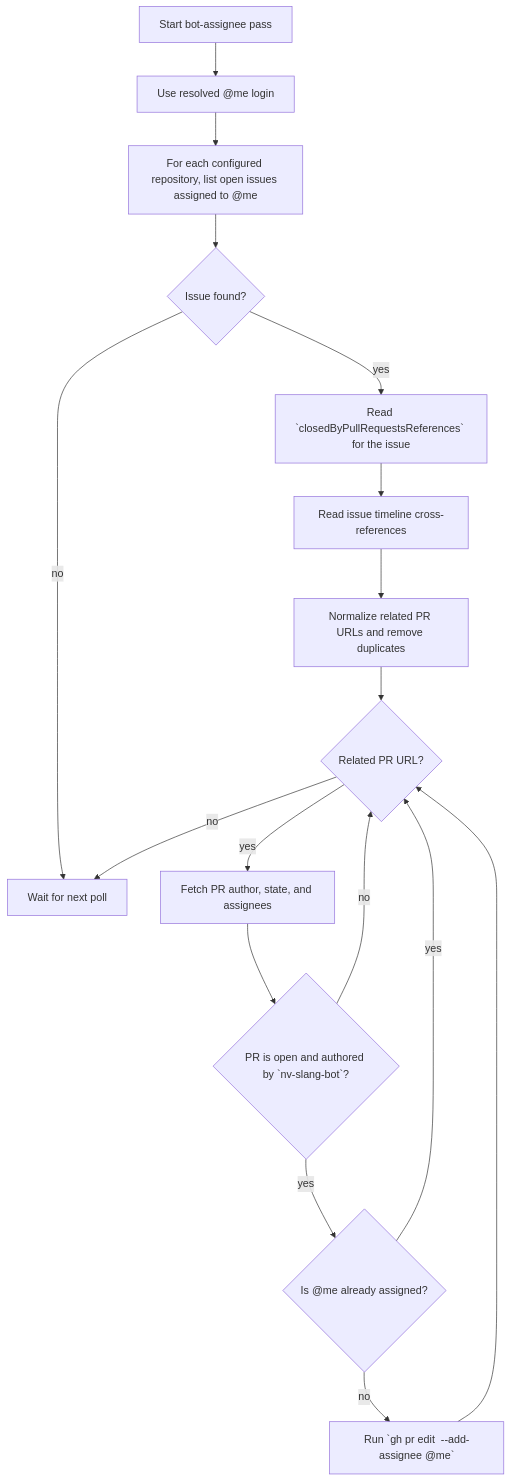
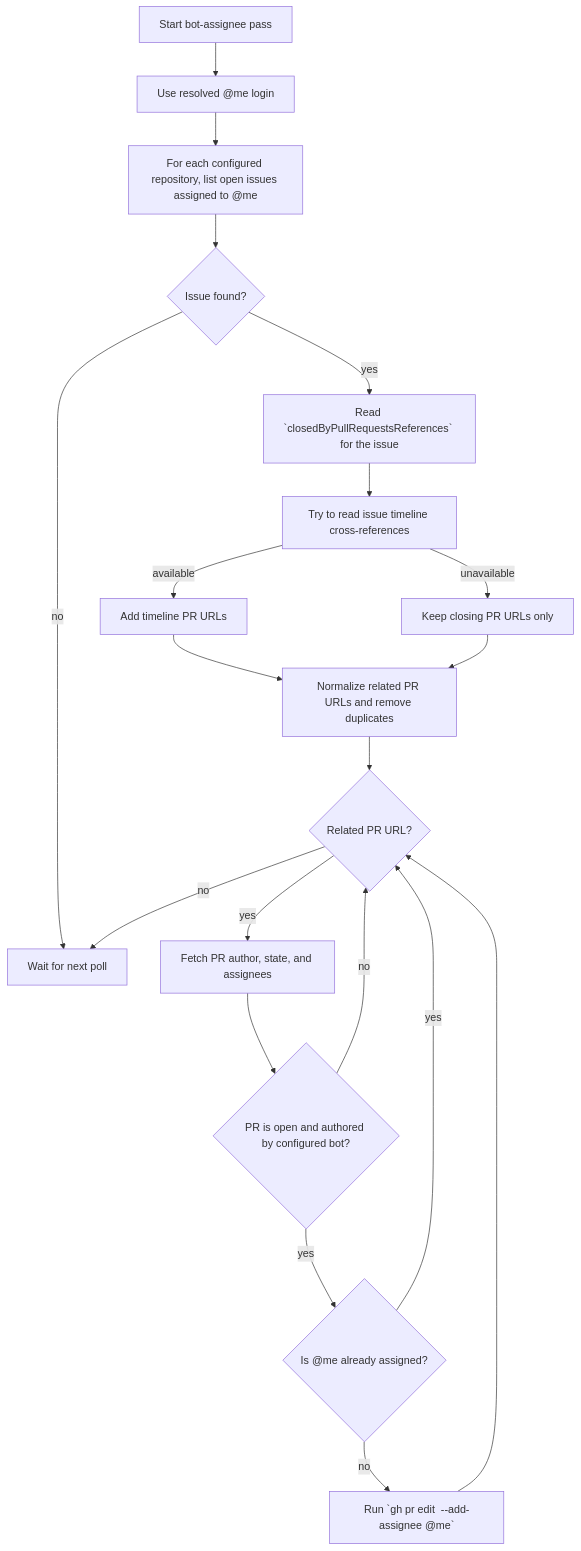
One commit to jkwak-work/slang changed the fourth of 4 diagrams in extras/agent-review.md. Above: the diagram before and after it, drawn with Mermaid. The commit also changed other lines of this file and 1 other file, not shown here.

Commit message:
Fix bot PR assignment detection

````diff
--- a/extras/agent-review.md
+++ b/extras/agent-review.md
@@ -156,19 +156,22 @@
 ```mermaid
 flowchart TD
     A["Start bot-assignee pass"] --> B["Use resolved @me login"]
     B --> C["For each configured repository, list open issues assigned to @me"]
     C --> D{"Issue found?"}
     D -- no --> Z["Wait for next poll"]
     D -- yes --> E["Read `closedByPullRequestsReferences` for the issue"]
-    E --> F["Read issue timeline cross-references"]
-    F --> G["Normalize related PR URLs and remove duplicates"]
-    G --> H{"Related PR URL?"}
-    H -- no --> Z
-    H -- yes --> I["Fetch PR author, state, and assignees"]
-    I --> J{"PR is open and authored by `nv-slang-bot`?"}
-    J -- no --> H
-    J -- yes --> K{"Is @me already assigned?"}
-    K -- yes --> H
-    K -- no --> L["Run `gh pr edit <url> --add-assignee @me`"]
-    L --> H
+    E --> F["Try to read issue timeline cross-references"]
+    F -- available --> G["Add timeline PR URLs"]
+    F -- unavailable --> H["Keep closing PR URLs only"]
+    G --> I["Normalize related PR URLs and remove duplicates"]
+    H --> I
+    I --> J{"Related PR URL?"}
+    J -- no --> Z
+    J -- yes --> K["Fetch PR author, state, and assignees"]
+    K --> L{"PR is open and authored by configured bot?"}
+    L -- no --> J
+    L -- yes --> M{"Is @me already assigned?"}
+    M -- yes --> J
+    M -- no --> N["Run `gh pr edit <url> --add-assignee @me`"]
+    N --> J
 ```
````
